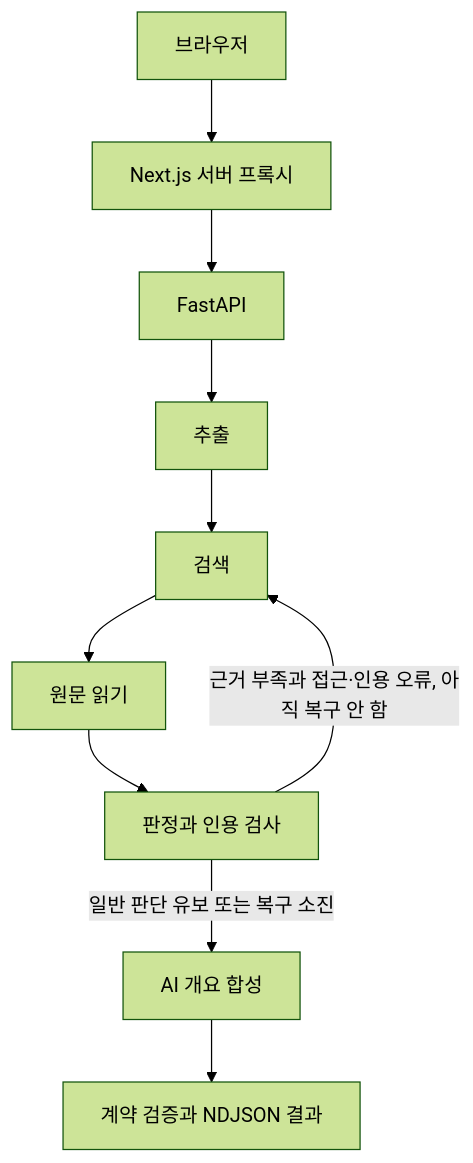
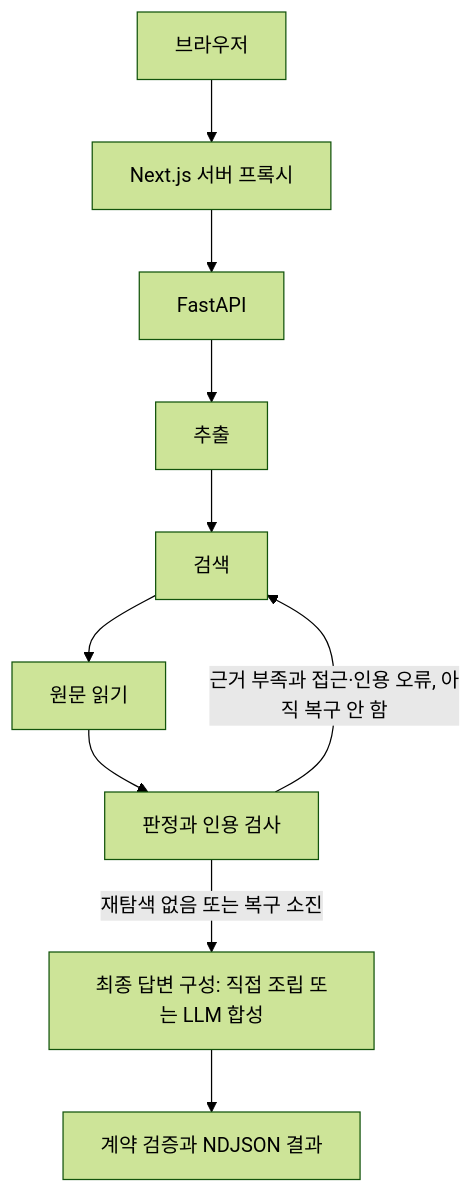
The diagram in docs/아키텍처.md (teach97/TRUE-OR-NOT), drawn with Mermaid (forest theme) before and after one commit. The commit also changed other lines of this file and 16 other files, not shown here.

````diff
--- a/docs/아키텍처.md
+++ b/docs/아키텍처.md
@@ -20,12 +20,12 @@
 ```mermaid
 flowchart TD
     UI[브라우저] --> Proxy[Next.js 서버 프록시]
     Proxy --> API[FastAPI]
     API --> Extract[추출]
     Extract --> Search[검색]
     Search --> Read[원문 읽기]
     Read --> Verify[판정과 인용 검사]
     Verify -->|근거 부족과 접근·인용 오류, 아직 복구 안 함| Search
-    Verify -->|일반 판단 유보 또는 복구 소진| Synthesize[AI 개요 합성]
+    Verify -->|재탐색 없음 또는 복구 소진| Synthesize[최종 답변 구성: 직접 조립 또는 LLM 합성]
     Synthesize --> Result[계약 검증과 NDJSON 결과]
 ```
````
